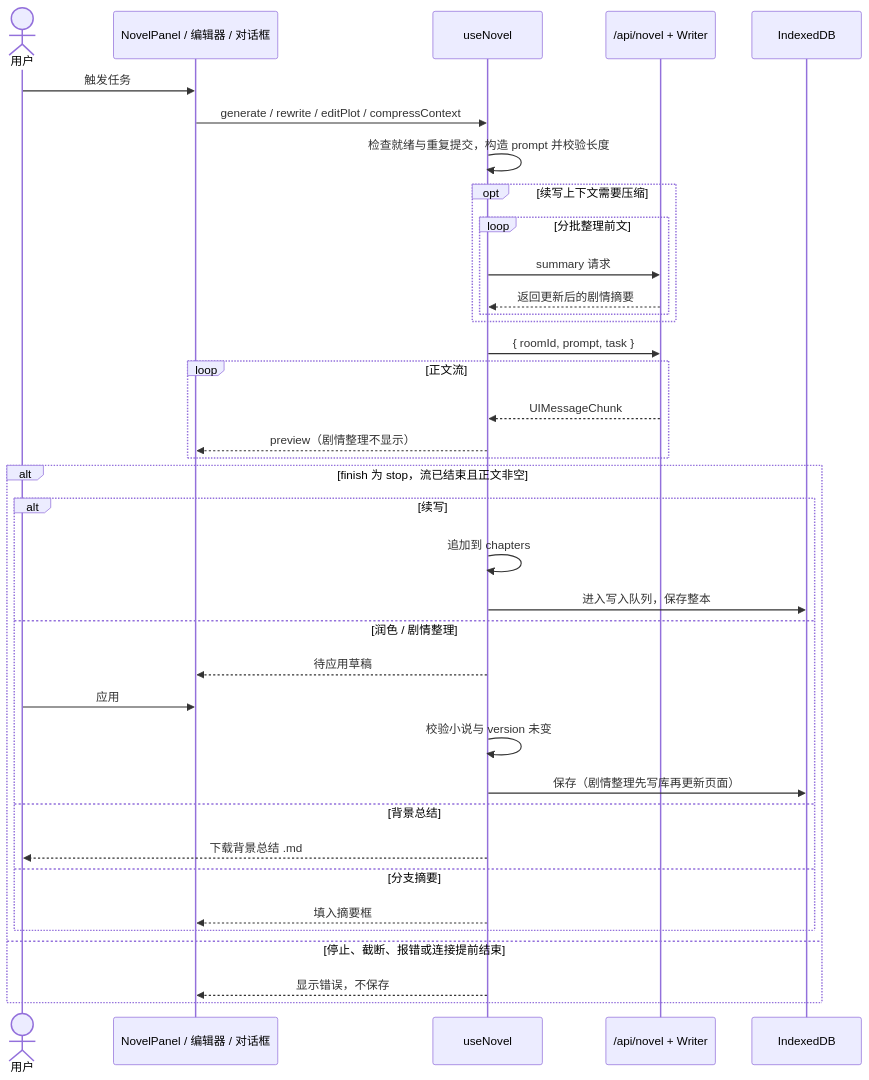
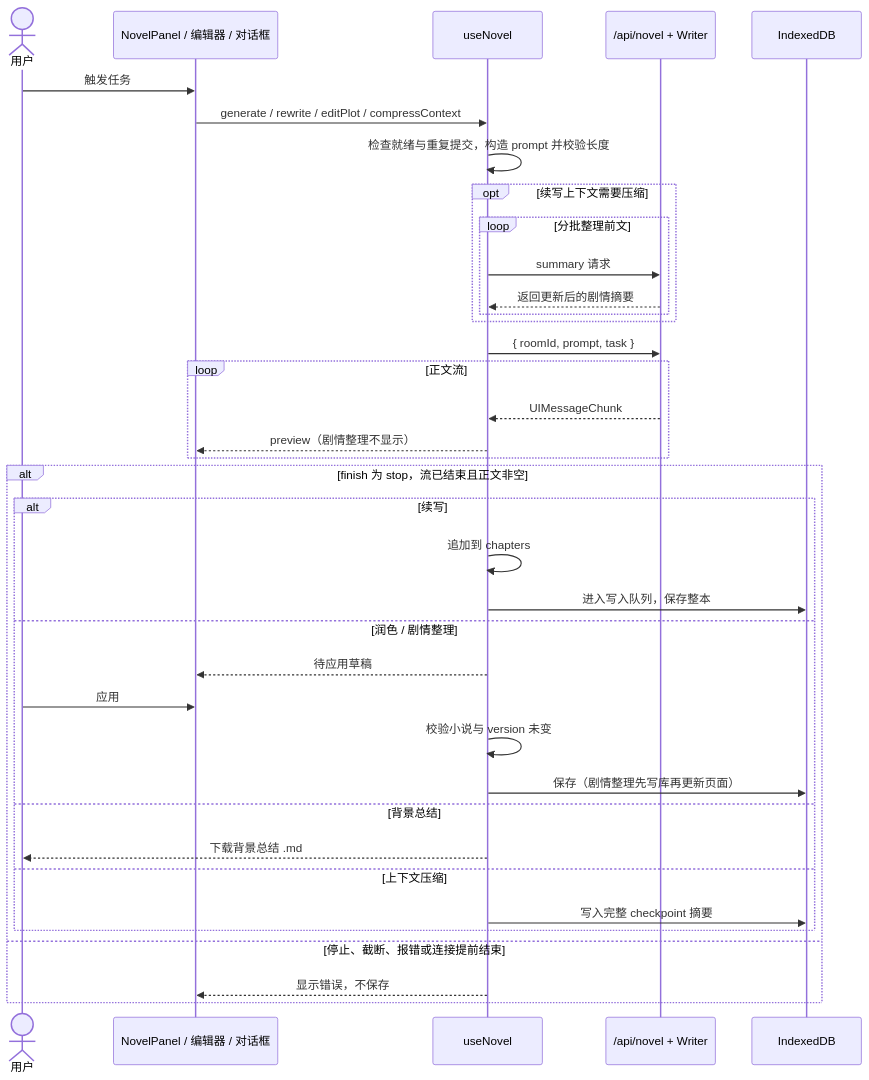
One commit to marvin-season/landing-page changed the fifth of 5 diagrams in docs/open-world/flowcharts.md. Above: the diagram before and after it, drawn with Mermaid. The commit also changed 4 other files, not shown here.

````diff
--- a/docs/open-world/flowcharts.md
+++ b/docs/open-world/flowcharts.md
@@ -140,39 +140,39 @@
 ```mermaid
 sequenceDiagram
   actor User as 用户
   participant UI as NovelPanel / 编辑器 / 对话框
   participant Hook as useNovel
   participant API as /api/novel + Writer
   participant DB as IndexedDB
   User->>UI: 触发任务
   UI->>Hook: generate / rewrite / editPlot / compressContext
   Hook->>Hook: 检查就绪与重复提交，构造 prompt 并校验长度
   opt 续写上下文需要压缩
     loop 分批整理前文
       Hook->>API: summary 请求
       API-->>Hook: 返回更新后的剧情摘要
     end
   end
   Hook->>API: { roomId, prompt, task }
   loop 正文流
     API-->>Hook: UIMessageChunk
     Hook-->>UI: preview（剧情整理不显示）
   end
   alt finish 为 stop，流已结束且正文非空
     alt 续写
       Hook->>Hook: 追加到 chapters
       Hook->>DB: 进入写入队列，保存整本
     else 润色 / 剧情整理
       Hook-->>UI: 待应用草稿
       User->>UI: 应用
       Hook->>Hook: 校验小说与 version 未变
       Hook->>DB: 保存（剧情整理先写库再更新页面）
     else 背景总结
       Hook-->>User: 下载背景总结 .md
-    else 分支摘要
-      Hook-->>UI: 填入摘要框
+    else 上下文压缩
+      Hook->>DB: 写入完整 checkpoint 摘要
     end
   else 停止、截断、报错或连接提前结束
     Hook-->>UI: 显示错误，不保存
   end
 ```
````
